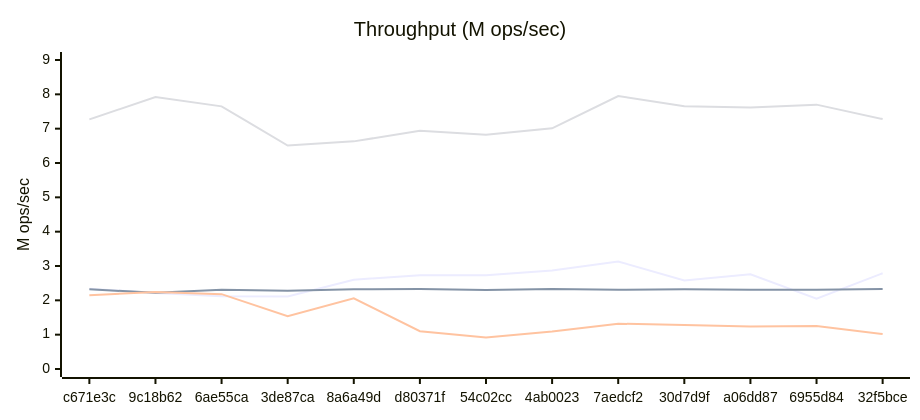
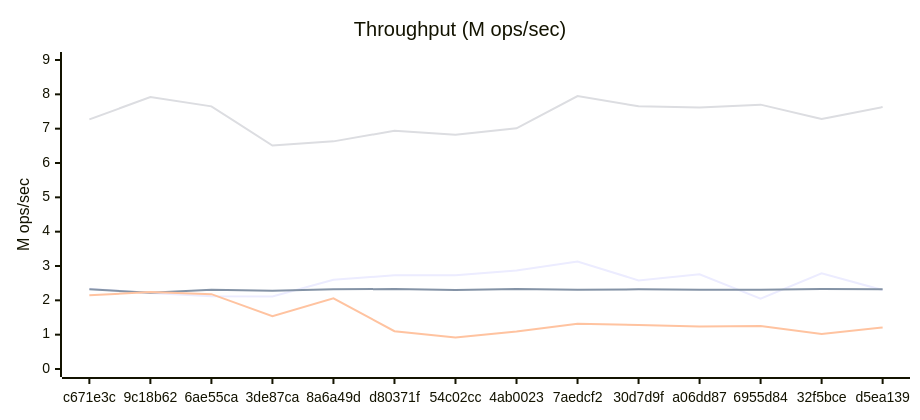
The fourth of 6 diagrams in docs/BENCHMARKS.md (Ikolvi/titan), drawn with Mermaid before and after one commit. The commit also changed other lines of this file, not shown here.

````diff
--- a/docs/BENCHMARKS.md
+++ b/docs/BENCHMARKS.md
@@ -145,17 +146,17 @@
 ```mermaid
 ---
 config:
     xyChart:
         width: 900
         height: 400
         plotColorPalette: "#4e79a7, #f28e2c, #e15759, #76b7b2, #59a14f, #edc949"
 ---
 xychart-beta
     title "Throughput (M ops/sec)"
-    x-axis ["c671e3c", "9c18b62", "6ae55ca", "3de87ca", "8a6a49d", "d80371f", "54c02cc", "4ab0023", "7aedcf2", "30d7d9f", "a06dd87", "6955d84", "32f5bce"]
+    x-axis ["c671e3c", "9c18b62", "6ae55ca", "3de87ca", "8a6a49d", "d80371f", "54c02cc", "4ab0023", "7aedcf2", "30d7d9f", "a06dd87", "6955d84", "32f5bce", "d5ea139"]
     y-axis "M ops/sec" 0.00 --> 9.00
-    line [2.34, 2.21, 2.12, 2.11, 2.60, 2.73, 2.73, 2.87, 3.13, 2.58, 2.76, 2.05, 2.79]
-    line [2.32, 2.22, 2.31, 2.28, 2.32, 2.33, 2.30, 2.33, 2.31, 2.32, 2.31, 2.31, 2.33]
-    line [2.15, 2.24, 2.18, 1.54, 2.06, 1.10, 0.92, 1.09, 1.32, 1.28, 1.24, 1.25, 1.02]
-    line [7.27, 7.92, 7.65, 6.51, 6.63, 6.94, 6.82, 7.01, 7.95, 7.65, 7.62, 7.70, 7.28]
+    line [2.34, 2.21, 2.12, 2.11, 2.60, 2.73, 2.73, 2.87, 3.13, 2.58, 2.76, 2.05, 2.79, 2.30]
+    line [2.32, 2.22, 2.31, 2.28, 2.32, 2.33, 2.30, 2.33, 2.31, 2.32, 2.31, 2.31, 2.33, 2.32]
+    line [2.15, 2.24, 2.18, 1.54, 2.06, 1.10, 0.92, 1.09, 1.32, 1.28, 1.24, 1.25, 1.02, 1.21]
+    line [7.27, 7.92, 7.65, 6.51, 6.63, 6.94, 6.82, 7.01, 7.95, 7.65, 7.62, 7.70, 7.28, 7.63]
 ```
````
